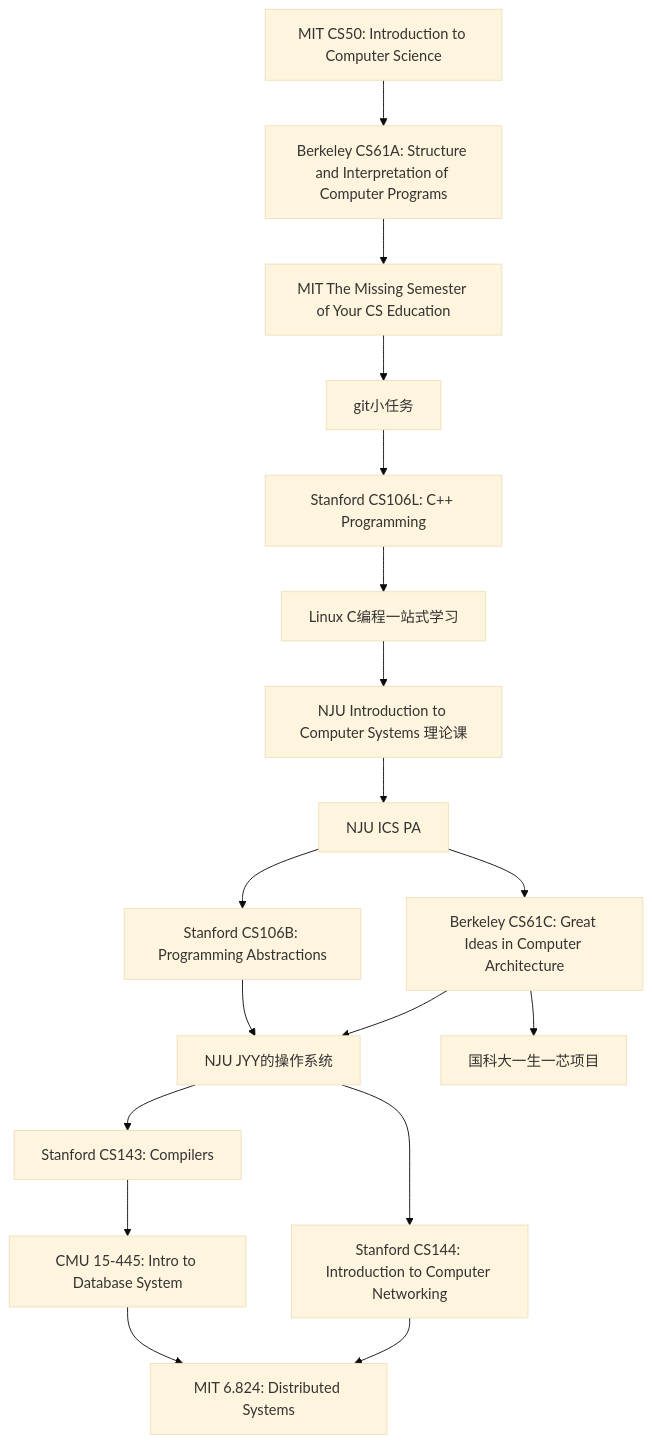
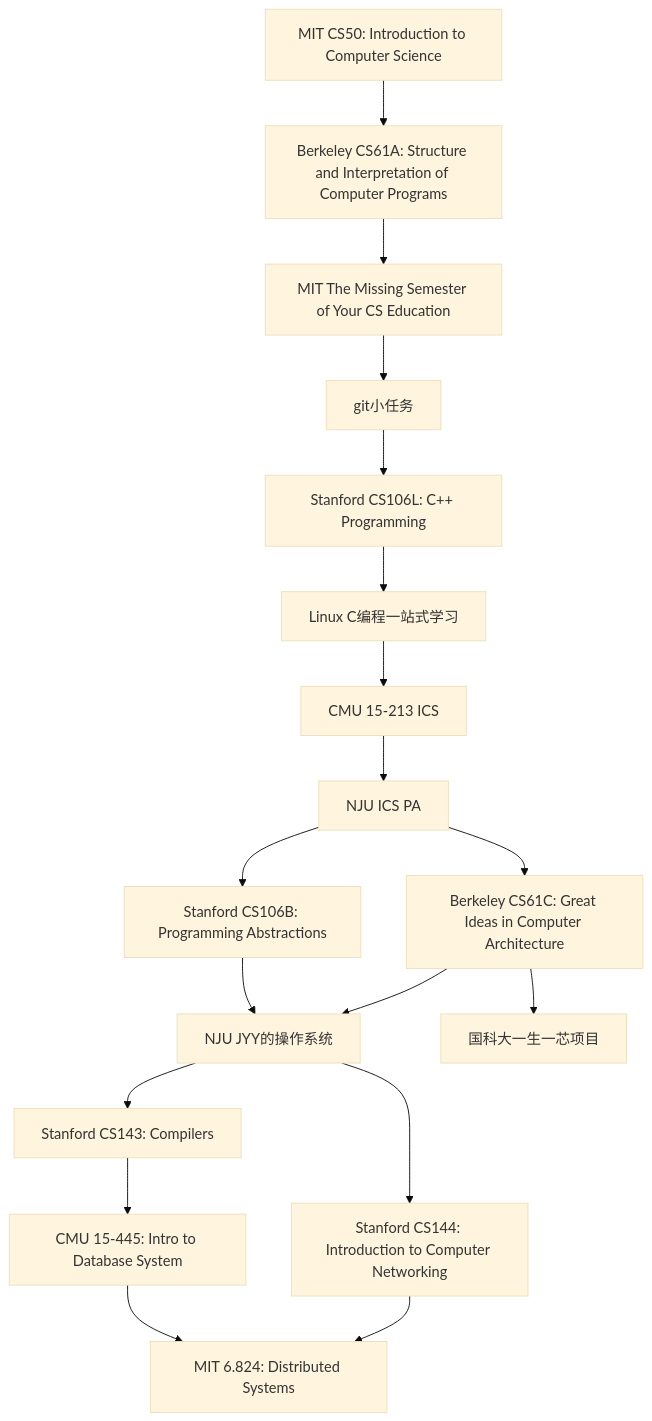
One commit to SUEPaper/math201 changed the diagram in docs/notes/cs_roadmap.md. Above: the diagram before and after it, drawn with Mermaid (base theme). The commit also changed other lines of this file and 22 other files, not shown here.

Commit message:
Fix cs roadmap bug

````diff
--- a/docs/notes/cs_roadmap.md
+++ b/docs/notes/cs_roadmap.md
@@ -8,22 +8,22 @@
 ```mermaid
 
 graph
     A[MIT CS50: Introduction to Computer Science] --> B[Berkeley CS61A: Structure and Interpretation of Computer Programs]
     B --> C[MIT The Missing Semester of Your CS Education]
     C --> D[git小任务]
     D --> E[Stanford CS106L: C++ Programming]
     E --> F[Linux C编程一站式学习]
-    F --> G[NJU Introduction to Computer Systems 理论课]
+    F --> G[CMU 15-213 ICS]
     G --> H[NJU ICS PA]
     H --> I[Stanford CS106B: Programming Abstractions] 
     H --> J[Berkeley CS61C: Great Ideas in Computer Architecture]
     I --> K[NJU JYY的操作系统]
     J --> K
     K --> L[Stanford CS143: Compilers]
     K --> M[Stanford CS144: Introduction to Computer Networking]
     L --> N[CMU 15-445: Intro to Database System]
     N --> O[MIT 6.824: Distributed Systems]
     M --> O
     J --> P[国科大一生一芯项目]
 
 ```
````
